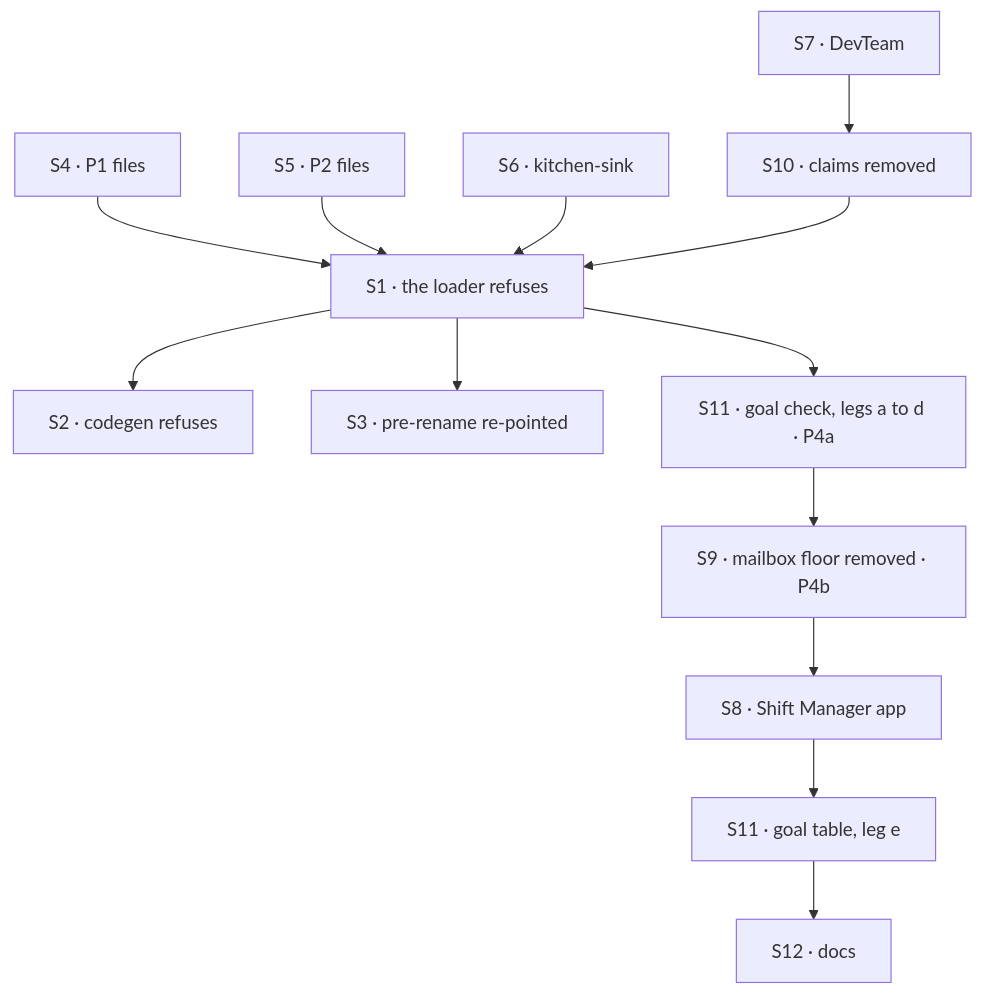
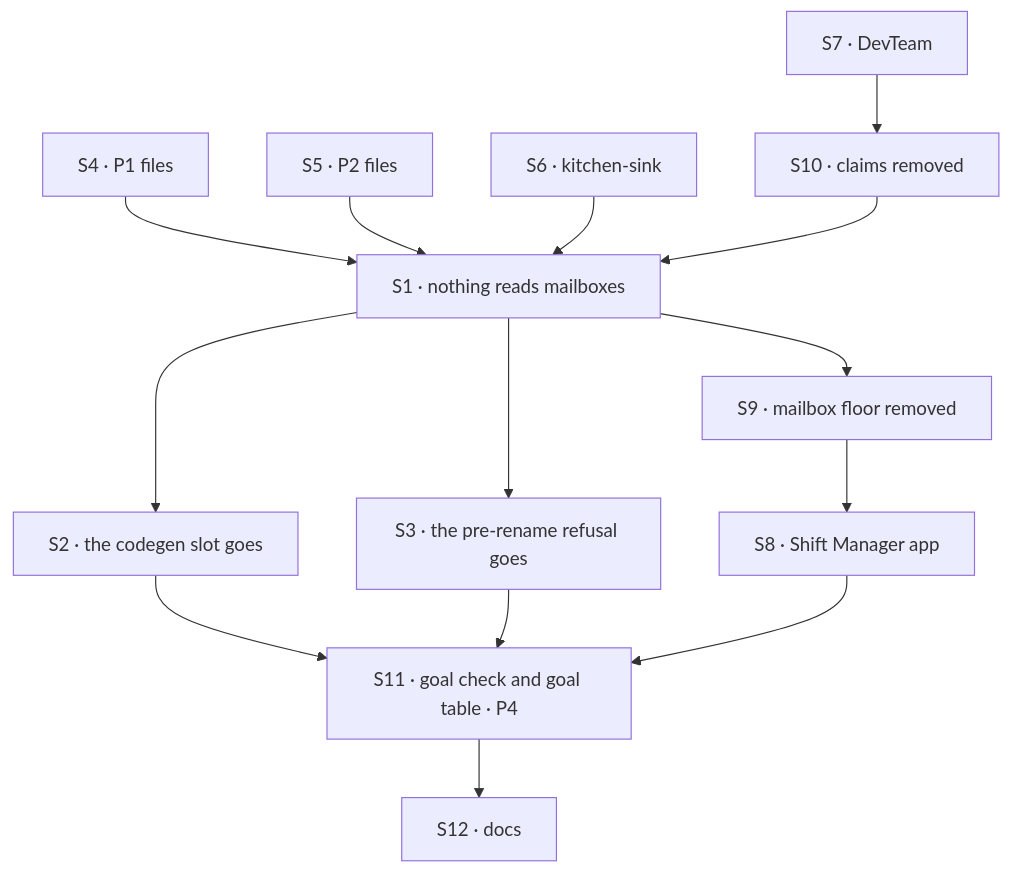
Before and after one commit to fixpoint-labs/flow-state-dev: the diagram in specs/issues/FIX-1792/PLAN.md, drawn with Mermaid. The commit also changed other lines of this file and 9 other files, not shown here.

````diff
--- a/specs/issues/FIX-1792/PLAN.md
+++ b/specs/issues/FIX-1792/PLAN.md
@@ -40,15 +39,16 @@
 ```mermaid
 flowchart TD
-  S4["S4 · P1 files"] --> S1["S1 · the loader refuses"]
+  S4["S4 · P1 files"] --> S1["S1 · nothing reads mailboxes"]
   S5["S5 · P2 files"] --> S1
   S6["S6 · kitchen-sink"] --> S1
   S7["S7 · DevTeam"] --> S10["S10 · claims removed"]
   S10 --> S1
-  S1 --> S2["S2 · codegen refuses"]
-  S1 --> S3["S3 · pre-rename re-pointed"]
-  S1 --> GC["S11 · goal check, legs a to d · P4a"]
-  GC --> S9["S9 · mailbox floor removed · P4b"]
+  S1 --> S2["S2 · the codegen slot goes"]
+  S1 --> S3["S3 · the pre-rename refusal goes"]
+  S1 --> S9["S9 · mailbox floor removed"]
   S9 --> S8["S8 · Shift Manager app"]
-  S8 --> S11["S11 · goal table, leg e"]
+  S2 --> S11["S11 · goal check and goal table · P4"]
+  S3 --> S11
+  S8 --> S11
   S11 --> S12["S12 · docs"]
 ```
````
